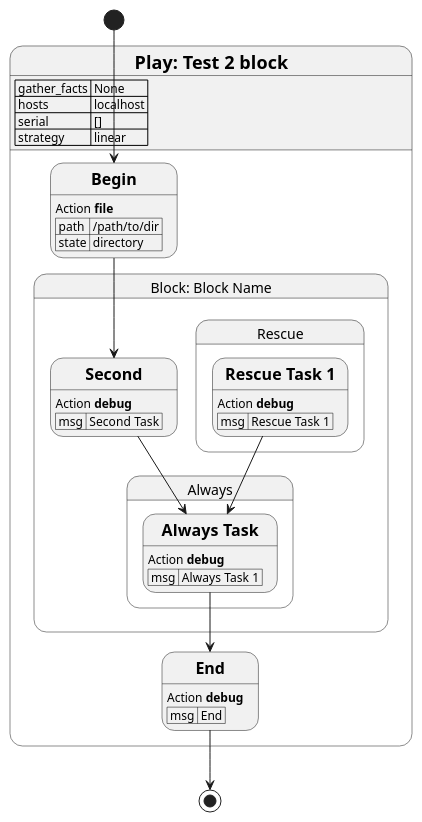
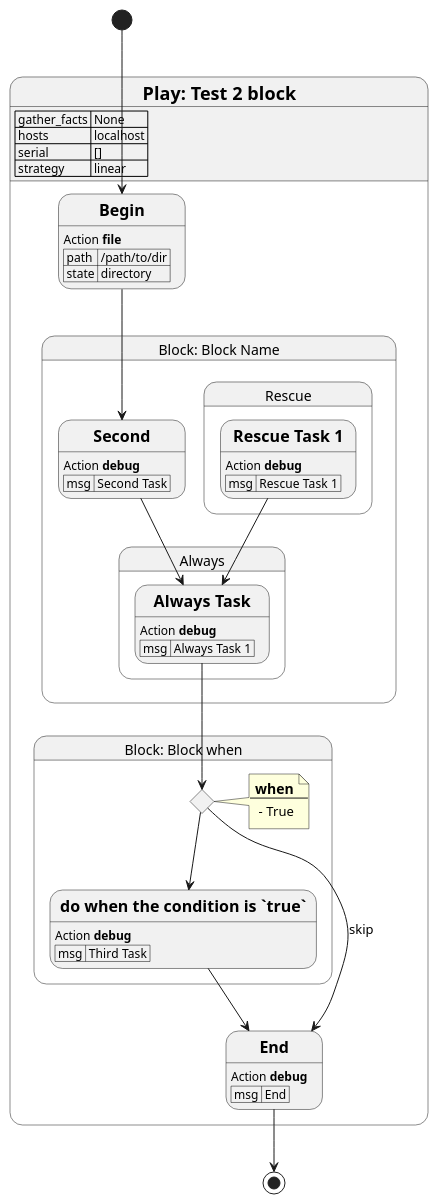
Before and after one commit to teramako/playbook2uml: the diagram in test_playbook/expects/book_2_block.puml, drawn with PlantUML. The commit also changed 1 other file, not shown here.

Commit message:
[test]: add test for `when` on block

```diff
--- a/test_playbook/expects/book_2_block.puml
+++ b/test_playbook/expects/book_2_block.puml
@@ -1,36 +1,50 @@
 @startuml
 state "= Play: Test 2 block" as play_1 {
     play_1 : | gather_facts | None |
     play_1 : | hosts | localhost |
     play_1 : | serial | [] |
     play_1 : | strategy | linear |
     state "== Begin" as task_1
     task_1 : Action **file**
     task_1 : | path | /path/to/dir |
     task_1 : | state | directory |
     state "Block: Block Name" as block_1 {
         state "== Second" as task_2
         task_2 : Action **debug**
         task_2 : | msg | Second Task |
         state "Always" as block_1_always {
             state "== Always Task" as task_3
             task_3 : Action **debug**
             task_3 : | msg | Always Task 1 |
         }
         state "Rescue" as block_1_rescue {
             state "== Rescue Task 1" as task_4
             task_4 : Action **debug**
             task_4 : | msg | Rescue Task 1 |
         }
     }
-    state "== End" as task_5
-    task_5 : Action **debug**
-    task_5 : | msg | End |
+    state "Block: Block when" as block_2 {
+        state task_5_when <<choice>>
+        note right of task_5_when
+            === when
+            ----
+             - True
+        end note
+        state "== do when the condition is `true`" as task_5
+        task_5 : Action **debug**
+        task_5 : | msg | Third Task |
+    }
+    state "== End" as task_6
+    task_6 : Action **debug**
+    task_6 : | msg | End |
 }
 [*] --> task_1
 task_1 --> task_2
 task_2 --> task_3
-task_3 --> task_5
+task_3 --> task_5_when
 task_4 --> task_3
-task_5 --> [*]
+task_5_when --> task_5
+task_5 --> task_6
+task_5_when --> task_6 : skip
+task_6 --> [*]
 @enduml
```
